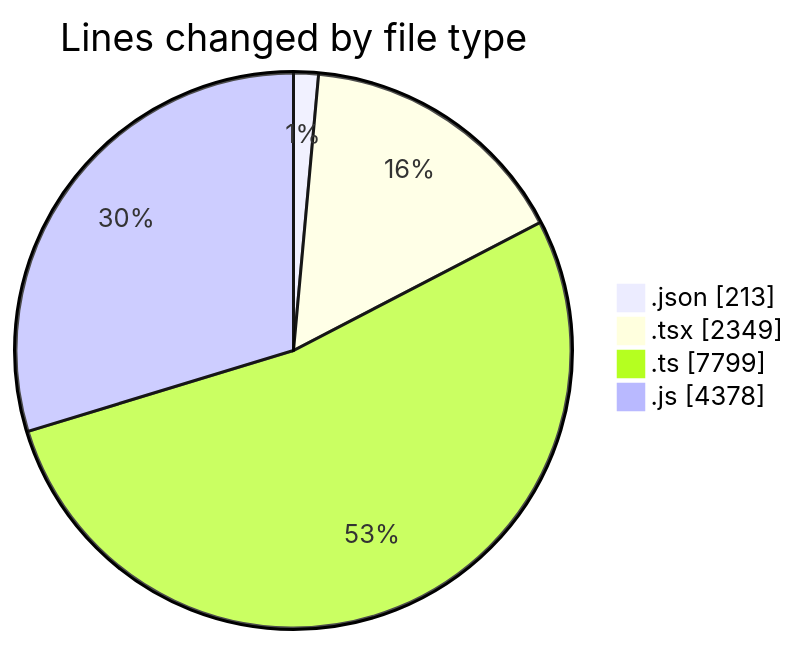
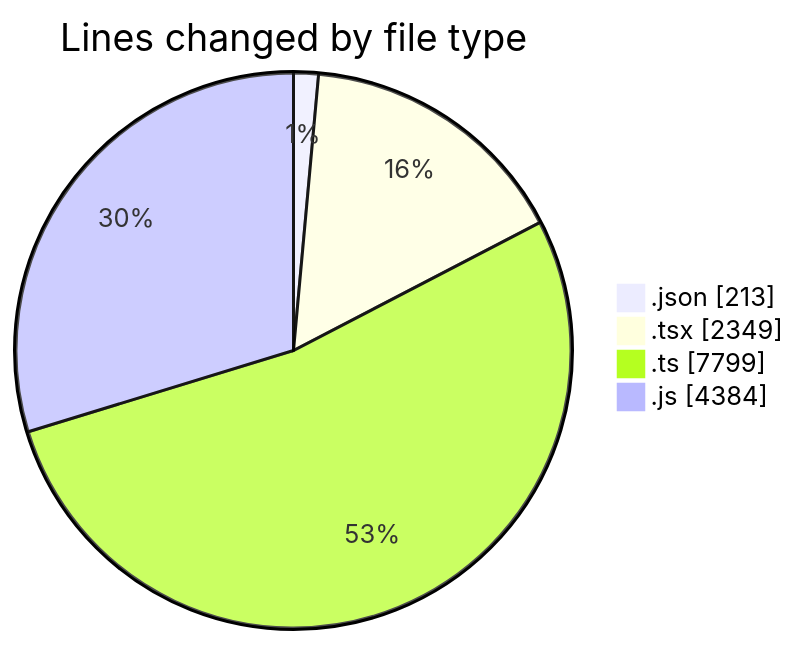
One commit to momahboobian/code-tracking changed the first of 2 diagrams in 2025-07-28/cda/README.md. Above: the diagram before and after it, drawn with Mermaid. The commit also changed other lines of this file and 1 other file, not shown here.

````diff
--- a/2025-07-28/cda/README.md
+++ b/2025-07-28/cda/README.md
@@ -32,8 +32,8 @@
 ```mermaid
 pie showData
 title Lines changed by file type
 ".json" : 213
 ".tsx" : 2349
 ".ts" : 7799
-".js" : 4378
+".js" : 4384
 ```
````
